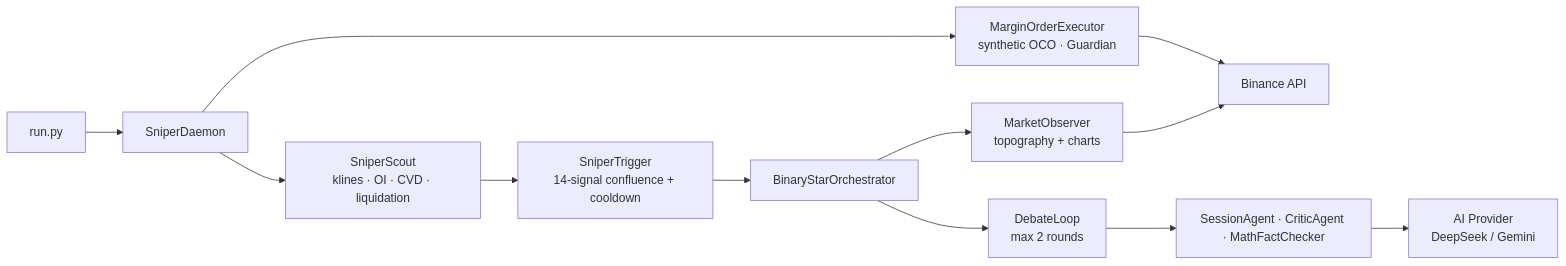
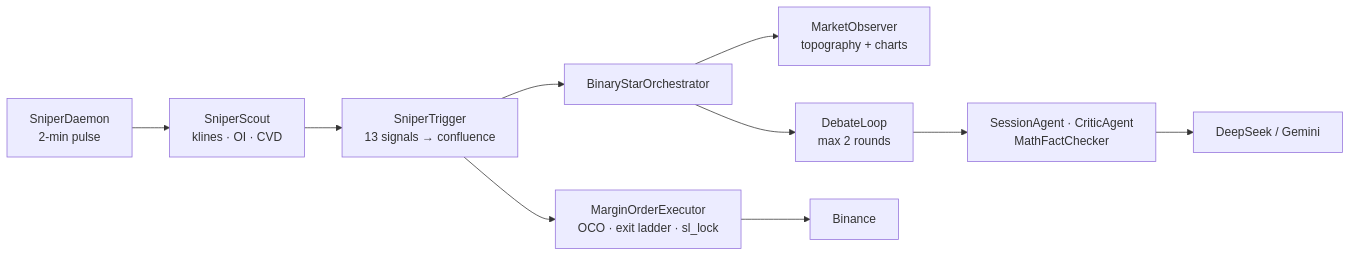
The first of 4 diagrams in README.md (jiangyang5157/binary-star), drawn with Mermaid before and after one commit. The commit also changed other lines of this file, not shown here.

First line of the commit message:
docs: full README rewrite — concise, diagram-first, zero crossed lines

````diff
--- a/README.md
+++ b/README.md
@@ -15,14 +15,12 @@
 ```mermaid
 graph LR
-    CLI["run.py"] --> DAEMON["SniperDaemon"]
-    DAEMON --> SCOUT["SniperScout<br/>klines · OI · CVD · liquidation"]
-    SCOUT --> TRIG["SniperTrigger<br/>14-signal confluence + cooldown"]
-    TRIG --> BSO["BinaryStarOrchestrator"]
-    BSO --> OBS["MarketObserver<br/>topography + charts"]
-    OBS --> EXCHANGE["Binance API"]
-    BSO --> DL["DebateLoop<br/>max 2 rounds"]
-    DL --> AGENTS["SessionAgent · CriticAgent · MathFactChecker"]
-    AGENTS --> AI["AI Provider<br/>DeepSeek / Gemini"]
-    DAEMON --> EXEC["MarginOrderExecutor<br/>synthetic OCO · Guardian"]
-    EXEC --> EXCHANGE
+    DAEMON["SniperDaemon<br/>2-min pulse"] --> SCOUT["SniperScout<br/>klines · OI · CVD"]
+    SCOUT --> TRIGGER["SniperTrigger<br/>13 signals → confluence"]
+    TRIGGER --> BSO["BinaryStarOrchestrator"]
+    BSO --> OBSERVER["MarketObserver<br/>topography + charts"]
+    BSO --> DEBATE["DebateLoop<br/>max 2 rounds"]
+    DEBATE --> AGENTS["SessionAgent · CriticAgent<br/>MathFactChecker"]
+    AGENTS --> AI["DeepSeek / Gemini"]
+    TRIGGER --> EXECUTOR["MarginOrderExecutor<br/>OCO · exit ladder · sl_lock"]
+    EXECUTOR --> BINANCE["Binance"]
 ```
````
